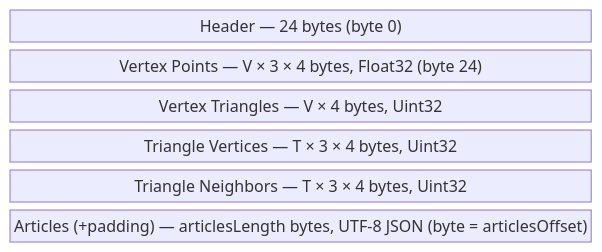
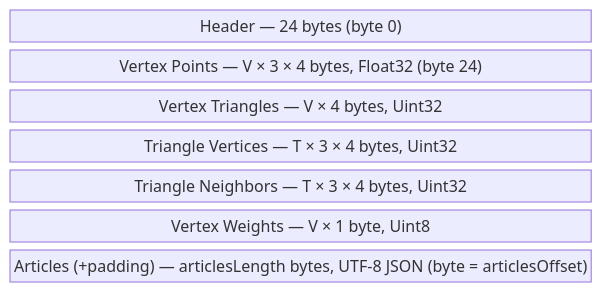
Before and after one commit to ChrisSteinbach/tour-guide: the diagram in docs/binary-format.md, drawn with Mermaid. The commit also changed other lines of this file and 11 other files, not shown here.

````diff
--- a/docs/binary-format.md
+++ b/docs/binary-format.md
@@ -9,10 +9,11 @@
 ```mermaid
 block-beta
     columns 1
     header["Header — 24 bytes (byte 0)"]
     points["Vertex Points — V × 3 × 4 bytes, Float32 (byte 24)"]
     vtri["Vertex Triangles — V × 4 bytes, Uint32"]
     trivert["Triangle Vertices — T × 3 × 4 bytes, Uint32"]
     trineigh["Triangle Neighbors — T × 3 × 4 bytes, Uint32"]
+    weights["Vertex Weights — V × 1 byte, Uint8"]
     articles["Articles (+padding) — articlesLength bytes, UTF-8 JSON (byte = articlesOffset)"]
 ```
````
